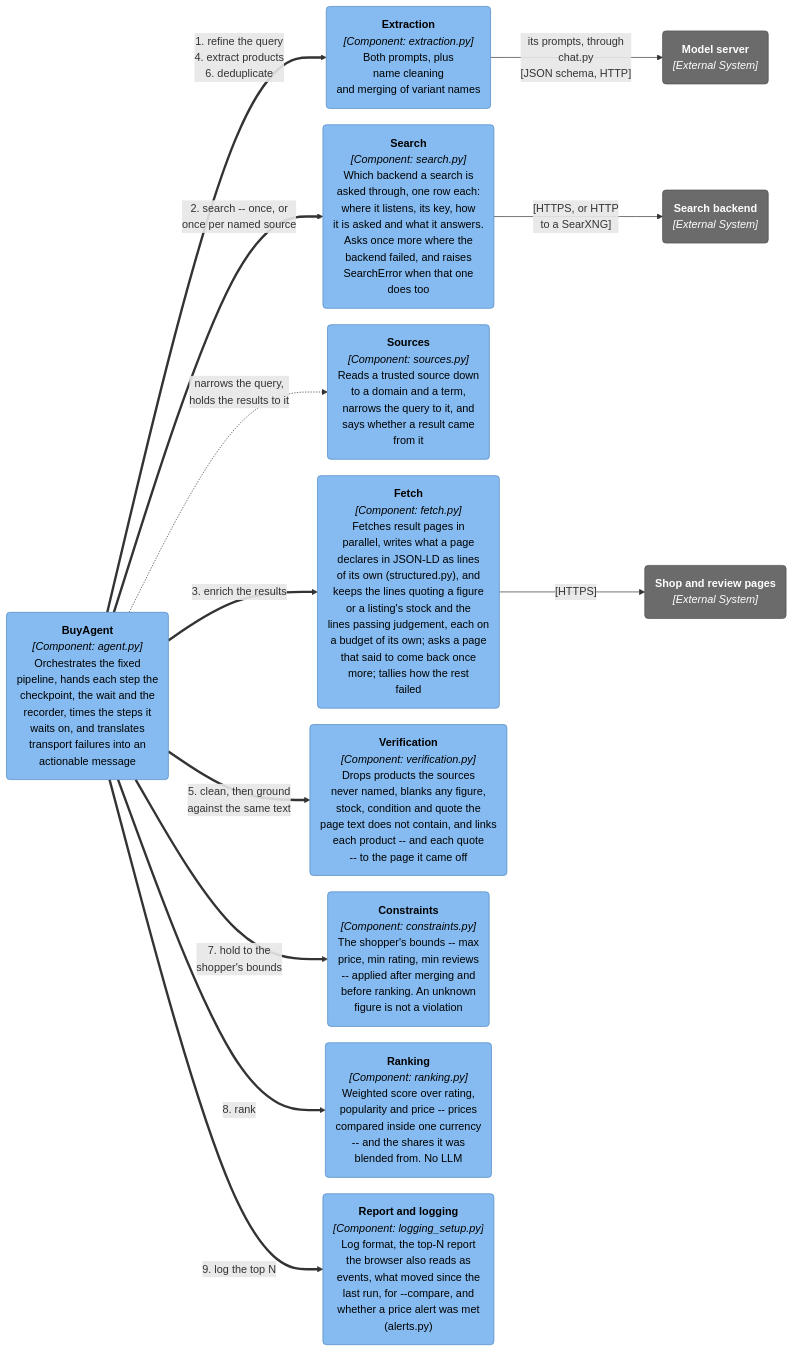
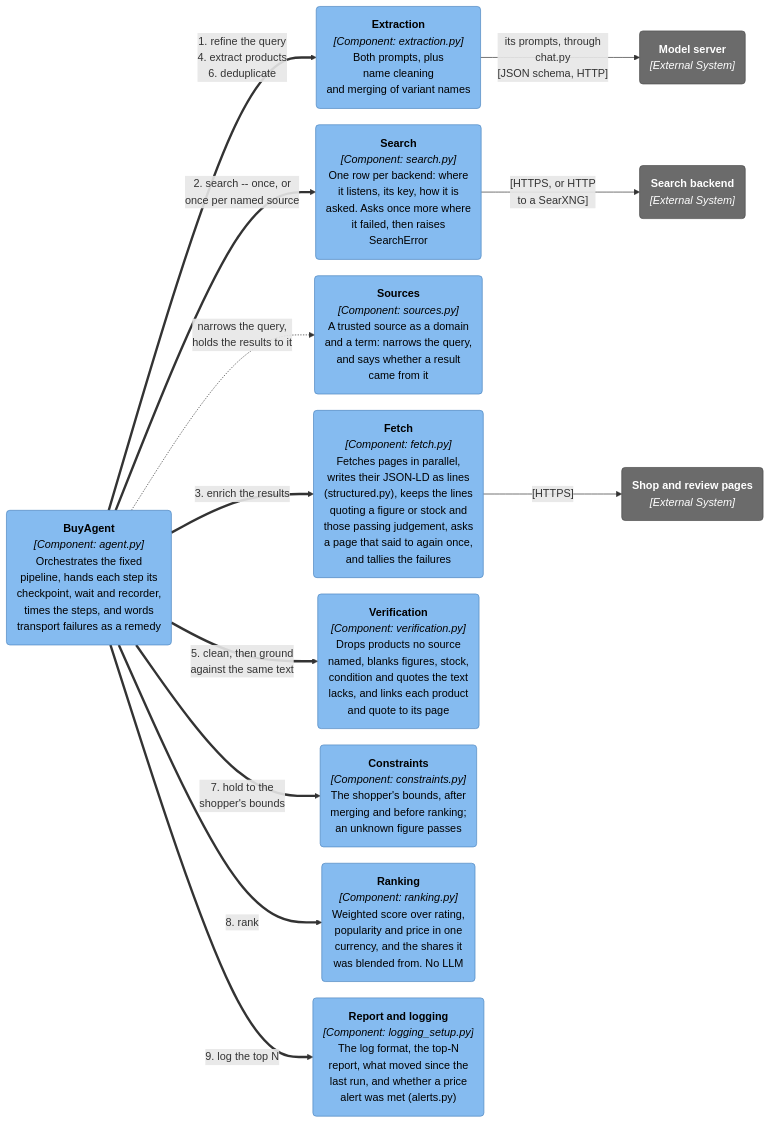
One commit to adamw7/buy_agent changed the fifth of 11 diagrams in docs/architecture.md. Above: the diagram before and after it, drawn with Mermaid. The commit also changed other lines of this file and 6 other files, not shown here.

````diff
--- a/docs/architecture.md
+++ b/docs/architecture.md
@@ -245,41 +239,41 @@
 ```mermaid
 ---
 config:
   flowchart:
     wrappingWidth: 400
     nodeSpacing: 24
     rankSpacing: 40
 ---
 graph LR
-    agent("<b>BuyAgent</b><br/><i>[Component: agent.py]</i><br/>Orchestrates the fixed<br/>pipeline, hands each step the<br/>checkpoint, the wait and the<br/>recorder, times the steps it<br/>waits on, and translates<br/>transport failures into an<br/>actionable message")
+    agent("<b>BuyAgent</b><br/><i>[Component: agent.py]</i><br/>Orchestrates the fixed<br/>pipeline, hands each step its<br/>checkpoint, wait and recorder,<br/>times the steps, and words<br/>transport failures as a remedy")
     extraction("<b>Extraction</b><br/><i>[Component: extraction.py]</i><br/>Both prompts, plus<br/>name cleaning<br/>and merging of variant names")
-    search("<b>Search</b><br/><i>[Component: search.py]</i><br/>Which backend a search is<br/>asked through, one row each:<br/>where it listens, its key, how<br/>it is asked and what it answers.<br/>Asks once more where the<br/>backend failed, and raises<br/>SearchError when that one<br/>does too")
-    sources("<b>Sources</b><br/><i>[Component: sources.py]</i><br/>Reads a trusted source down<br/>to a domain and a term,<br/>narrows the query to it, and<br/>says whether a result came<br/>from it")
-    fetch("<b>Fetch</b><br/><i>[Component: fetch.py]</i><br/>Fetches result pages in<br/>parallel, writes what a page<br/>declares in JSON-LD as lines<br/>of its own (structured.py), and<br/>keeps the lines quoting a figure<br/>or a listing's stock and the<br/>lines passing judgement, each on<br/>a budget of its own; asks a page<br/>that said to come back once<br/>more; tallies how the rest<br/>failed")
-    verification("<b>Verification</b><br/><i>[Component: verification.py]</i><br/>Drops products the sources<br/>never named, blanks any figure,<br/>stock, condition and quote the<br/>page text does not contain, and links<br/>each product -- and each quote<br/>-- to the page it came off")
-    constraints("<b>Constraints</b><br/><i>[Component: constraints.py]</i><br/>The shopper's bounds -- max<br/>price, min rating, min reviews<br/>-- applied after merging and<br/>before ranking. An unknown<br/>figure is not a violation")
-    ranking("<b>Ranking</b><br/><i>[Component: ranking.py]</i><br/>Weighted score over rating,<br/>popularity and price -- prices<br/>compared inside one currency<br/>-- and the shares it was<br/>blended from. No LLM")
-    logsetup("<b>Report and logging</b><br/><i>[Component: logging_setup.py]</i><br/>Log format, the top-N report<br/>the browser also reads as<br/>events, what moved since the<br/>last run, for --compare, and<br/>whether a price alert was met<br/>(alerts.py)")
+    search("<b>Search</b><br/><i>[Component: search.py]</i><br/>One row per backend: where<br/>it listens, its key, how it is<br/>asked. Asks once more where<br/>it failed, then raises<br/>SearchError")
+    sources("<b>Sources</b><br/><i>[Component: sources.py]</i><br/>A trusted source as a domain<br/>and a term: narrows the query,<br/>and says whether a result<br/>came from it")
+    fetch("<b>Fetch</b><br/><i>[Component: fetch.py]</i><br/>Fetches pages in parallel,<br/>writes their JSON-LD as lines<br/>(structured.py), keeps the lines<br/>quoting a figure or stock and<br/>those passing judgement, asks<br/>a page that said to again once,<br/>and tallies the failures")
+    verification("<b>Verification</b><br/><i>[Component: verification.py]</i><br/>Drops products no source<br/>named, blanks figures, stock,<br/>condition and quotes the text<br/>lacks, and links each product<br/>and quote to its page")
+    constraints("<b>Constraints</b><br/><i>[Component: constraints.py]</i><br/>The shopper's bounds, after<br/>merging and before ranking;<br/>an unknown figure passes")
+    ranking("<b>Ranking</b><br/><i>[Component: ranking.py]</i><br/>Weighted score over rating,<br/>popularity and price in one<br/>currency, and the shares it<br/>was blended from. No LLM")
+    logsetup("<b>Report and logging</b><br/><i>[Component: logging_setup.py]</i><br/>The log format, the top-N<br/>report, what moved since the<br/>last run, and whether a price<br/>alert was met (alerts.py)")
 
     ollama("<b>Model server</b><br/><i>[External System]</i>")
     ddg("<b>Search backend</b><br/><i>[External System]</i>")
     shops("<b>Shop and review pages</b><br/><i>[External System]</i>")
 
     agent ==>|"1. refine the query<br/>4. extract products<br/>6. deduplicate"| extraction
     agent ==>|"2. search -- once, or<br/>once per named source"| search
     agent -.->|"narrows the query,<br/>holds the results to it"| sources
     agent ==>|"3. enrich the results"| fetch
     agent ==>|"5. clean, then ground<br/>against the same text"| verification
     agent ==>|"7. hold to the<br/>shopper's bounds"| constraints
     agent ==>|"8. rank"| ranking
     agent ==>|"9. log the top N"| logsetup
 
     extraction -->|"its prompts, through<br/>chat.py<br/>[JSON schema, HTTP]"| ollama
     search -->|"[HTTPS, or HTTP<br/>to a SearXNG]"| ddg
     fetch -->|"[HTTPS]"| shops
 
     classDef component fill:#85bbf0,stroke:#4f86c0,color:#000
     classDef external fill:#6b6b6b,stroke:#4d4d4d,color:#fff
     class agent,extraction,search,sources,fetch,verification,constraints,ranking,logsetup component
     class ollama,ddg,shops external
 ```
````
